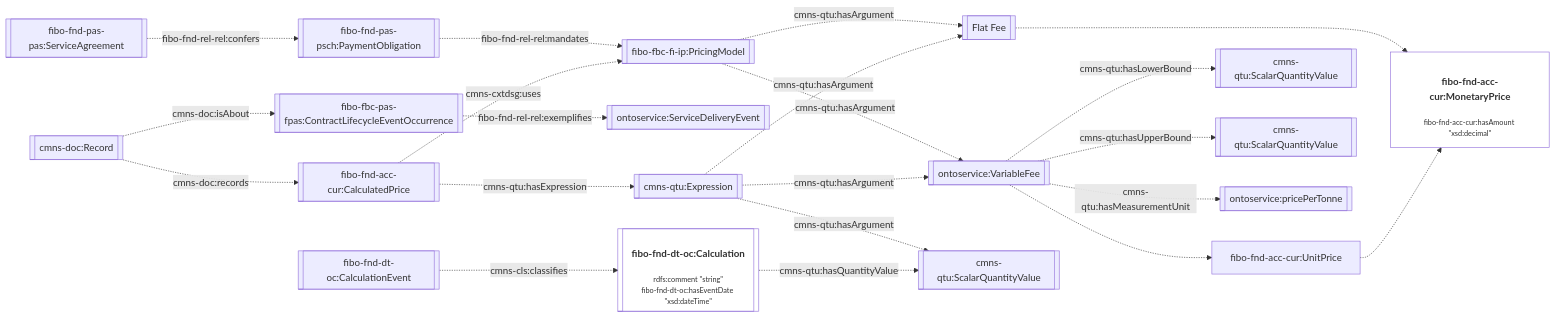
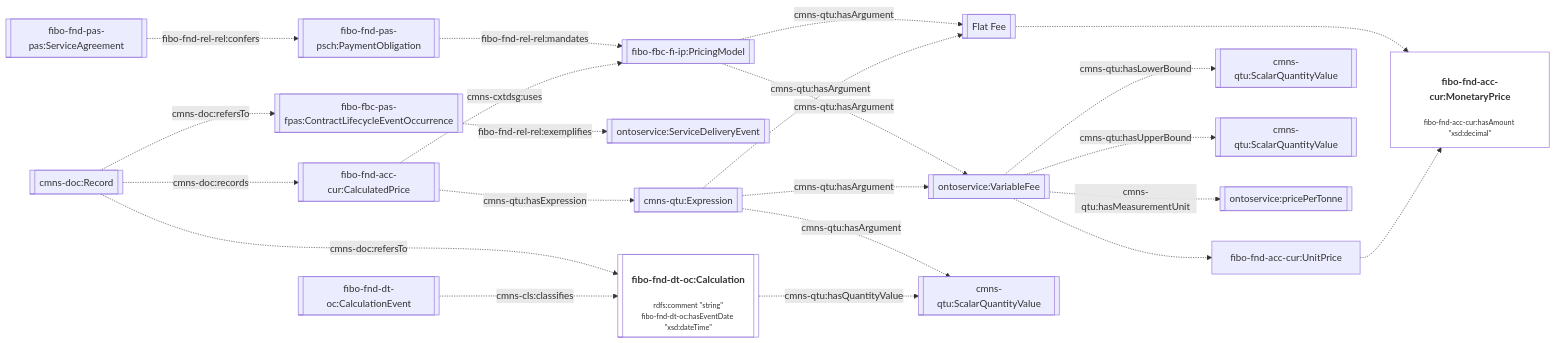
Diagram 15 of 17 in ontology/ontoservice/README.md (TheWorldAvatar/ontology), drawn with Mermaid before and after one commit. The commit also changed other lines of this file, not shown here.

Commit message:
dev-ontoservice-extension: added delivery reporting sections

````diff
--- a/ontology/ontoservice/README.md
+++ b/ontology/ontoservice/README.md
@@ -511,35 +508,36 @@
 ```mermaid
 flowchart LR
     %% Styling
     classDef literal fill:none
     classDef node overflow-wrap:break-word,text-wrap:pretty
     linkStyle default overflow-wrap:break-word,text-wrap:pretty;
 
     %% Contents
     Agreement[[fibo-fnd-pas-pas:ServiceAgreement]] -. fibo-fnd-rel-rel:confers .-> PaymentObligation[[fibo-fnd-pas-psch:PaymentObligation]]
     PaymentObligation -. fibo-fnd-rel-rel:mandates .-> PricingModel[[fibo-fbc-fi-ip:PricingModel]]
 
     DeliveryOccurrence[[fibo-fbc-pas-fpas:ContractLifecycleEventOccurrence]] -. fibo-fnd-rel-rel:exemplifies .-> ServiceDeliveryEvent[[ontoservice:ServiceDeliveryEvent]]
-    Record[[cmns-doc:Record]] -. cmns-doc:isAbout .-> DeliveryOccurrence
+    Record[[cmns-doc:Record]] -. cmns-doc:refersTo .-> DeliveryOccurrence
+    Record[[cmns-doc:Record]] -. cmns-doc:refersTo .-> Calculation
     Record -. cmns-doc:records .-> ServiceFee[[fibo-fnd-acc-cur:CalculatedPrice]]
 
     ServiceFee -. cmns-cxtdsg:uses .-> PricingModel[[fibo-fbc-fi-ip:PricingModel]]
     ServiceFee -. cmns-qtu:hasExpression .-> CalculationExpression[[cmns-qtu:Expression]]
 
     PricingModel -. cmns-qtu:hasArgument .-> FlatFee[[Flat Fee]]
     FlatFee -.-> MonetaryPrice["<h4>fibo-fnd-acc-cur:MonetaryPrice</h4><p style='font-size:0.75rem;'>fibo-fnd-acc-cur:hasAmount &quot;xsd:decimal&quot;</p>"]:::literal
 
     PricingModel -. cmns-qtu:hasArgument .-> VariableFee[[ontoservice:VariableFee]]
     VariableFee -.-> UnitPrice[fibo-fnd-acc-cur:UnitPrice]
     UnitPrice -.-> MonetaryPrice
     VariableFee -. cmns-qtu:hasLowerBound .-> MinQuantityValue[[cmns-qtu:ScalarQuantityValue]]
     VariableFee -. cmns-qtu:hasUpperBound .-> MaxQuantityValue[[cmns-qtu:ScalarQuantityValue]]
     VariableFee -. cmns-qtu:hasMeasurementUnit .-> pricepertonne[[ontoservice:pricePerTonne]]
 
     CalculationExpression -. cmns-qtu:hasArgument .-> FlatFee
     CalculationExpression -. cmns-qtu:hasArgument .-> Output[[cmns-qtu:ScalarQuantityValue]]
     CalculationExpression -. cmns-qtu:hasArgument .-> VariableFee
 
     Calculation[["<h4>fibo-fnd-dt-oc:Calculation</h4><p style='font-size:0.75rem;'>rdfs:comment &quot;string&quot;<br>fibo-fnd-dt-oc:hasEventDate &quot;xsd:dateTime&quot;</p>"]]:::literal -. cmns-qtu:hasQuantityValue .-> Output
     CalculationEvent[[fibo-fnd-dt-oc:CalculationEvent]] -. cmns-cls:classifies .-> Calculation
 ```
````
